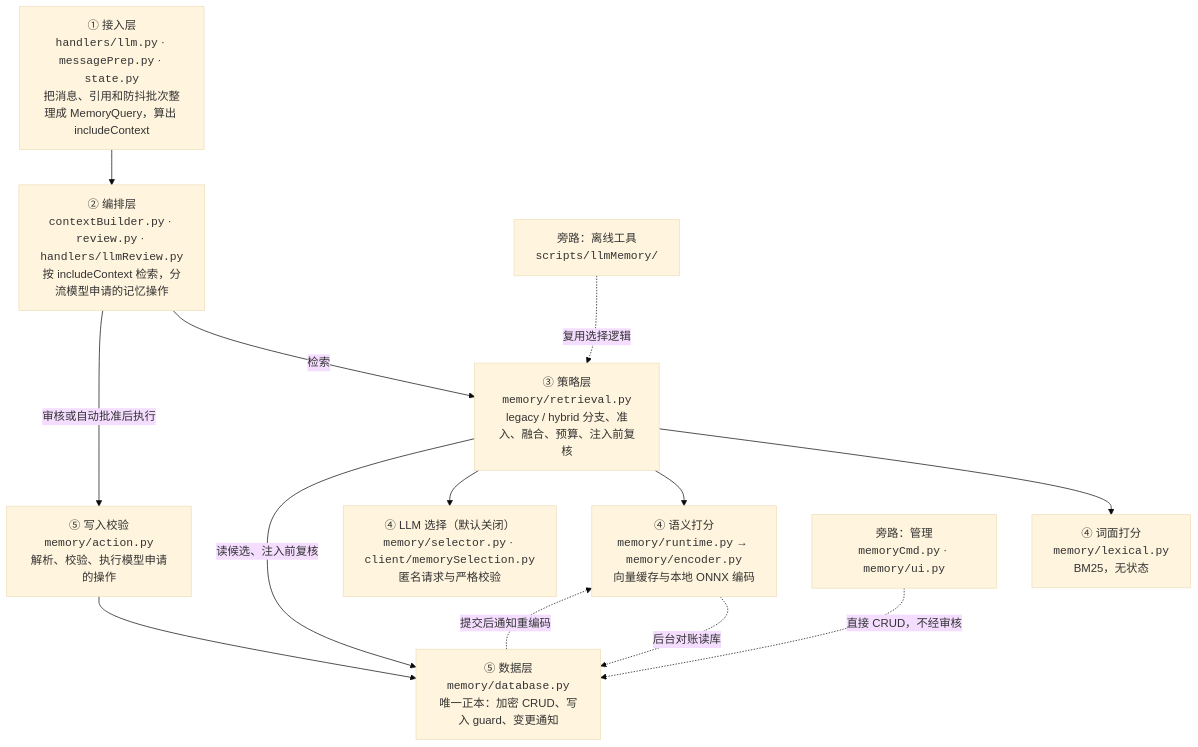
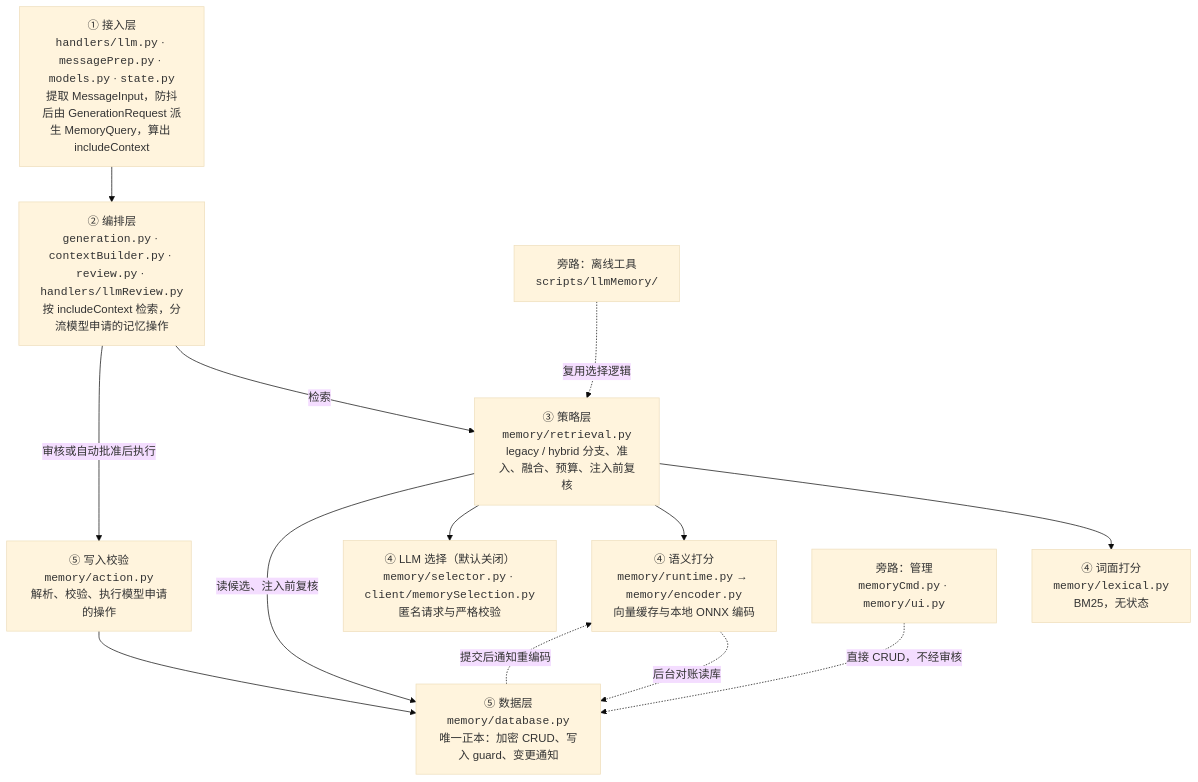
The diagram in docs/llm-memory.md (ZnLuAr/ZincNya_bot), drawn with Mermaid (base theme) before and after one commit. The commit also changed 35 other files, not shown here.

````diff
--- a/docs/llm-memory.md
+++ b/docs/llm-memory.md
@@ -74,26 +74,26 @@
 ```mermaid
 flowchart TB
-    input["① 接入层<br/><code>handlers/llm.py</code> · <code>messagePrep.py</code> · <code>state.py</code><br/>把消息、引用和防抖批次整理成 MemoryQuery，算出 includeContext"]
-    orchestration["② 编排层<br/><code>contextBuilder.py</code> · <code>review.py</code> · <code>handlers/llmReview.py</code><br/>按 includeContext 检索，分流模型申请的记忆操作"]
+    input["① 接入层<br/><code>handlers/llm.py</code> · <code>messagePrep.py</code> · <code>models.py</code> · <code>state.py</code><br/>提取 MessageInput，防抖后由 GenerationRequest 派生 MemoryQuery，算出 includeContext"]
+    orchestration["② 编排层<br/><code>generation.py</code> · <code>contextBuilder.py</code> · <code>review.py</code> · <code>handlers/llmReview.py</code><br/>按 includeContext 检索，分流模型申请的记忆操作"]
     strategy["③ 策略层<br/><code>memory/retrieval.py</code><br/>legacy / hybrid 分支、准入、融合、预算、注入前复核"]
     lexical["④ 词面打分<br/><code>memory/lexical.py</code><br/>BM25，无状态"]
     semantic["④ 语义打分<br/><code>memory/runtime.py</code> → <code>memory/encoder.py</code><br/>向量缓存与本地 ONNX 编码"]
     selector["④ LLM 选择（默认关闭）<br/><code>memory/selector.py</code> · <code>client/memorySelection.py</code><br/>匿名请求与严格校验"]
     action["⑤ 写入校验<br/><code>memory/action.py</code><br/>解析、校验、执行模型申请的操作"]
     data["⑤ 数据层<br/><code>memory/database.py</code><br/>唯一正本：加密 CRUD、写入 guard、变更通知"]
     admin["旁路：管理<br/><code>memoryCmd.py</code> · <code>memory/ui.py</code>"]
     offline["旁路：离线工具<br/><code>scripts/llmMemory/</code>"]
 
     input --> orchestration
     orchestration -->|检索| strategy
     strategy --> lexical
     strategy --> semantic
     strategy --> selector
     strategy -->|读候选、注入前复核| data
     orchestration -->|审核或自动批准后执行| action
     action --> data
     data -.->|提交后通知重编码| semantic
     semantic -.->|后台对账读库| data
     admin -.->|直接 CRUD，不经审核| data
     offline -.->|复用选择逻辑| strategy
 ```
````
